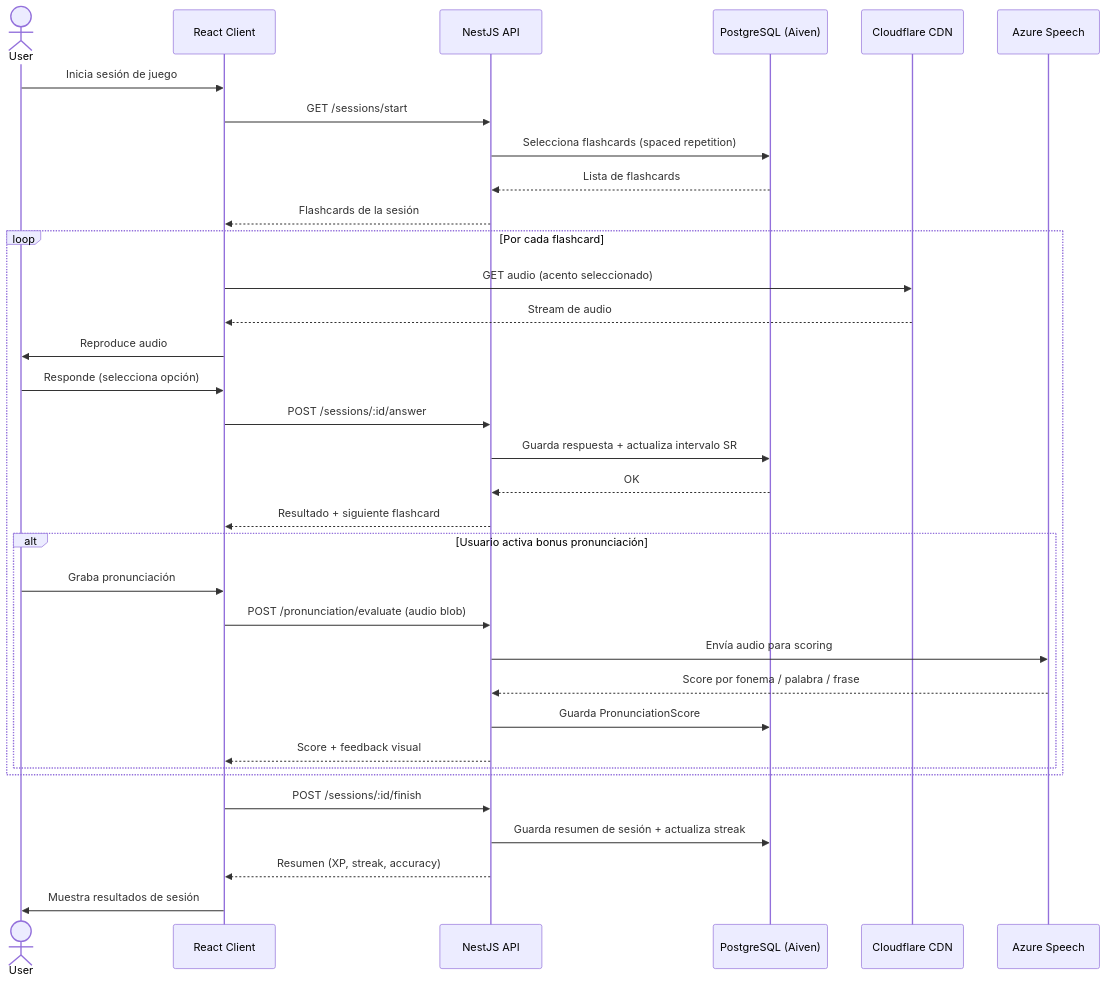
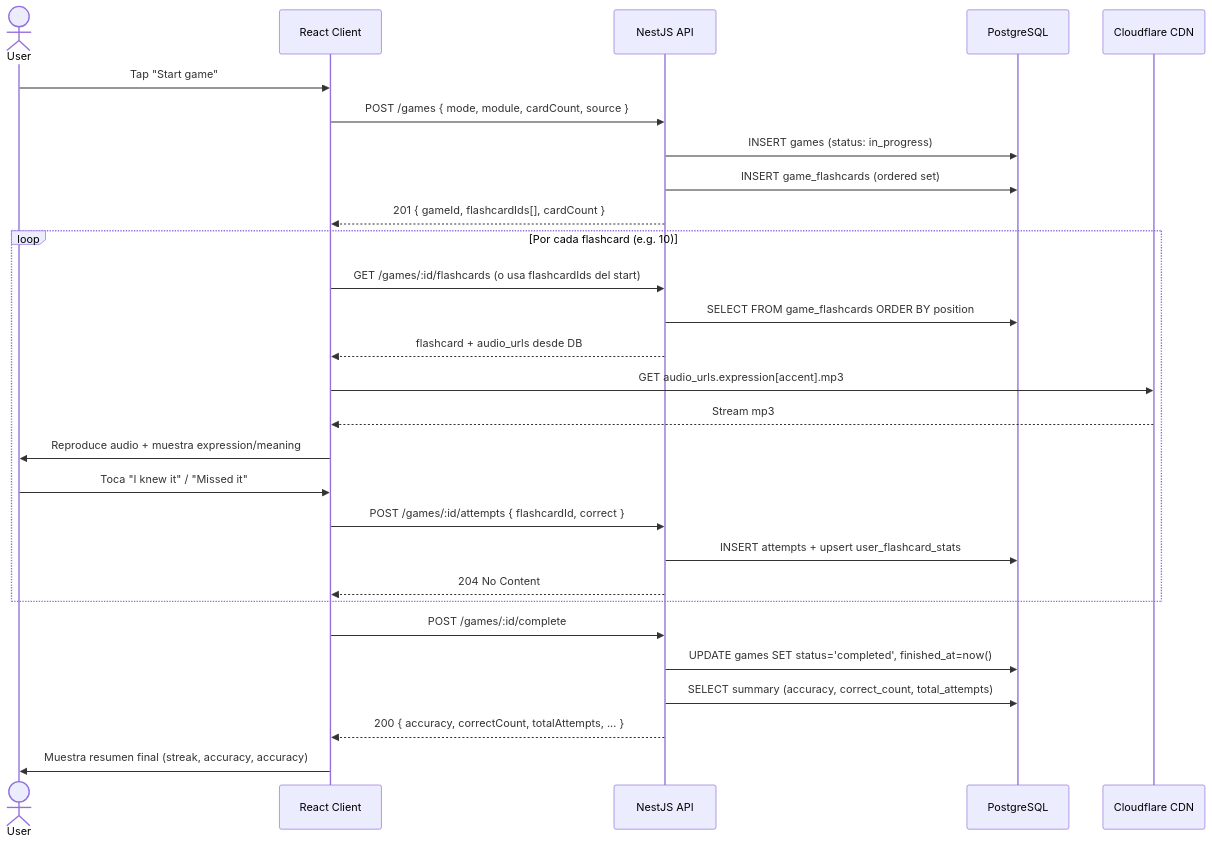
One commit to AbrahamVilchesDeLaCruz/ididntcatchthat changed the first of 2 diagrams in docs/diagrams/flashcard-game-flow.md. Above: the diagram before and after it, drawn with Mermaid. The commit also changed other lines of this file and 2 other files, not shown here.

First line of the commit message:
docs(diagrams): replace fictional diagrams with reality

````diff
--- a/docs/diagrams/flashcard-game-flow.md
+++ b/docs/diagrams/flashcard-game-flow.md
@@ -3,41 +5,36 @@
 ```mermaid
 sequenceDiagram
     actor User
     participant Client as React Client
     participant API as NestJS API
-    participant DB as PostgreSQL (Aiven)
+    participant DB as PostgreSQL
     participant CDN as Cloudflare CDN
-    participant Azure as Azure Speech
 
-    User->>Client: Inicia sesión de juego
-    Client->>API: GET /sessions/start
-    API->>DB: Selecciona flashcards (spaced repetition)
-    DB-->>API: Lista de flashcards
-    API-->>Client: Flashcards de la sesión
+    User->>Client: Tap "Start game"
+    Client->>API: POST /games { mode, module, cardCount, source }
+    API->>DB: INSERT games (status: in_progress)
+    API->>DB: INSERT game_flashcards (ordered set)
+    API-->>Client: 201 { gameId, flashcardIds[], cardCount }
 
-    loop Por cada flashcard
-        Client->>CDN: GET audio (acento seleccionado)
-        CDN-->>Client: Stream de audio
-        Client->>User: Reproduce audio
+    loop Por cada flashcard (e.g. 10)
+        Client->>API: GET /games/:id/flashcards (o usa flashcardIds del start)
+        API->>DB: SELECT FROM game_flashcards ORDER BY position
+        API-->>Client: flashcard + audio_urls desde DB
 
-        User->>Client: Responde (selecciona opción)
-        Client->>API: POST /sessions/:id/answer
-        API->>DB: Guarda respuesta + actualiza intervalo SR
-        DB-->>API: OK
-        API-->>Client: Resultado + siguiente flashcard
+        Client->>CDN: GET audio_urls.expression[accent].mp3
+        CDN-->>Client: Stream mp3
+        Client->>User: Reproduce audio + muestra expression/meaning
 
-        alt Usuario activa bonus pronunciación
-            User->>Client: Graba pronunciación
-            Client->>API: POST /pronunciation/evaluate (audio blob)
-            API->>Azure: Envía audio para scoring
-            Azure-->>API: Score por fonema / palabra / frase
-            API->>DB: Guarda PronunciationScore
-            API-->>Client: Score + feedback visual
-        end
+        User->>Client: Toca "I knew it" / "Missed it"
+        Client->>API: POST /games/:id/attempts { flashcardId, correct }
+        API->>DB: INSERT attempts + upsert user_flashcard_stats
+        API-->>Client: 204 No Content
     end
 
-    Client->>API: POST /sessions/:id/finish
-    API->>DB: Guarda resumen de sesión + actualiza streak
-    API-->>Client: Resumen (XP, streak, accuracy)
-    Client->>User: Muestra resultados de sesión
+    Client->>API: POST /games/:id/complete
+    API->>DB: UPDATE games SET status='completed', finished_at=now()
+    API->>DB: SELECT summary (accuracy, correct_count, total_attempts)
+    API-->>Client: 200 { accuracy, correctCount, totalAttempts, ... }
+
+    Client->>User: Muestra resumen final (streak, accuracy, accuracy)
 ```
````
